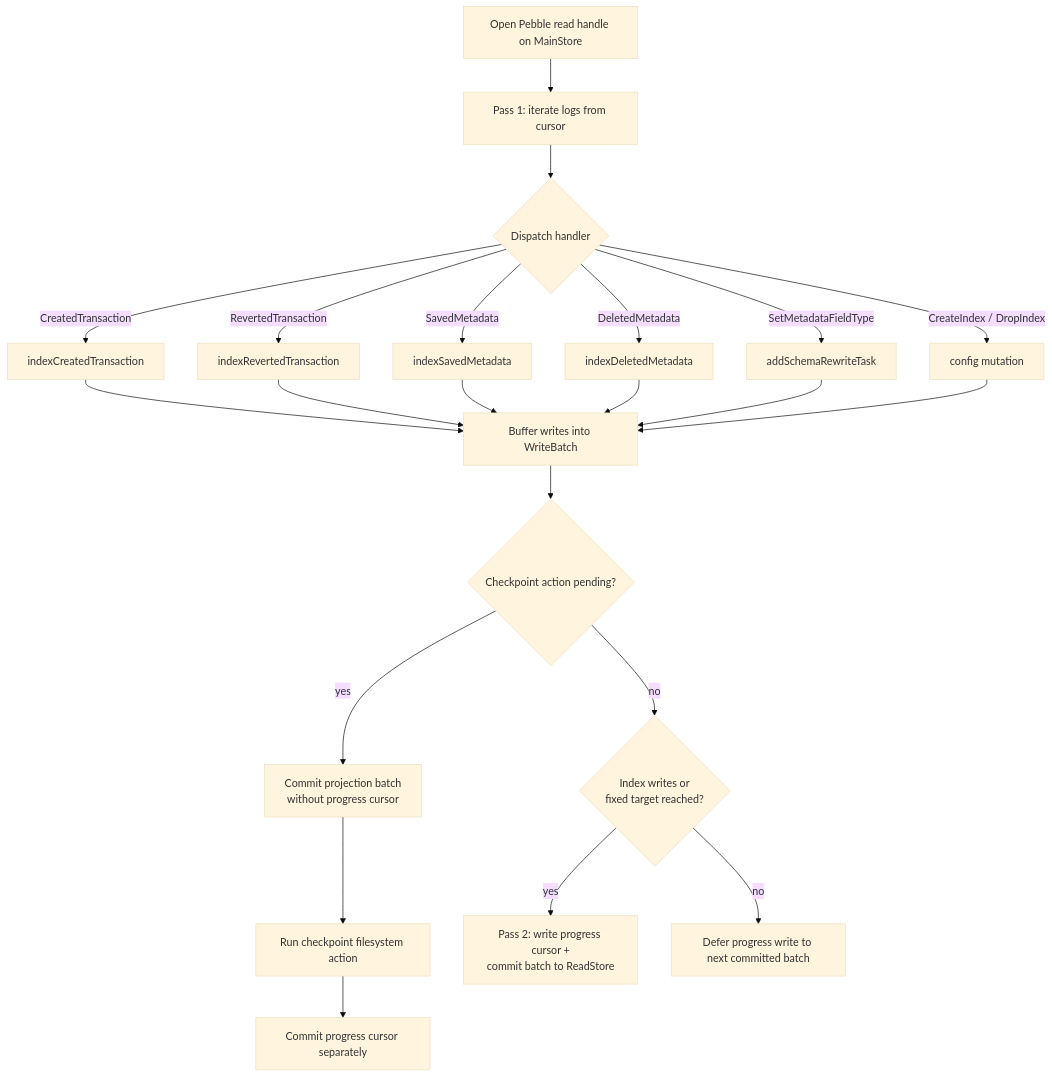
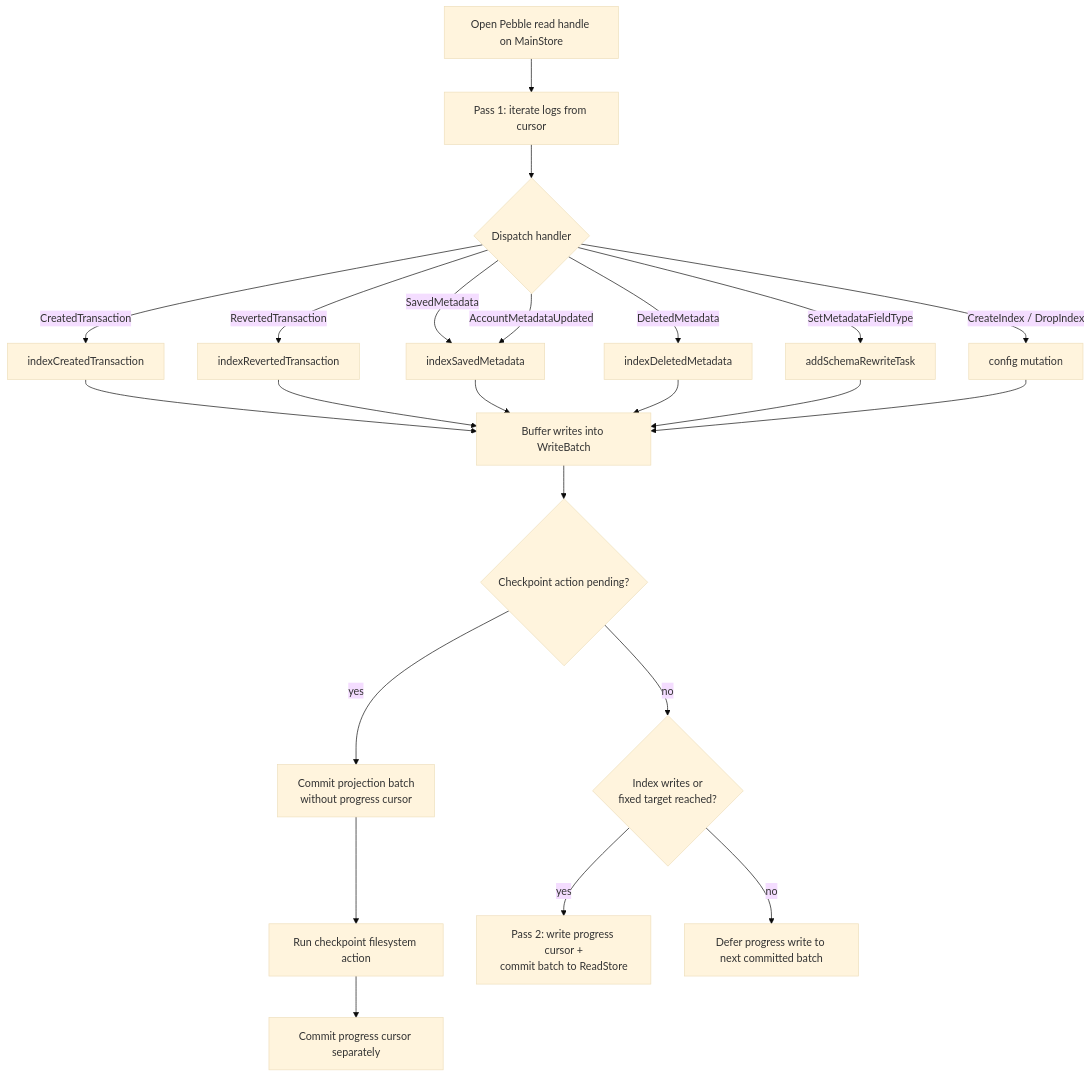
The second of 2 diagrams in docs/technical/architecture/subsystems/indexer/indexer.md (formancehq/ledger), drawn with Mermaid (base theme) before and after one commit. The commit also changed other lines of this file and 2 other files, not shown here.

Commit message:
docs(indexer): cover account metadata history logs

````diff
--- a/docs/technical/architecture/subsystems/indexer/indexer.md
+++ b/docs/technical/architecture/subsystems/indexer/indexer.md
@@ -62,20 +62,21 @@
 ```mermaid
 flowchart TB
     A[Open Pebble read handle on MainStore] --> B[Pass 1: iterate logs from cursor]
     B --> C{Dispatch handler}
     C -->|CreatedTransaction| H1[indexCreatedTransaction]
     C -->|RevertedTransaction| H2[indexRevertedTransaction]
     C -->|SavedMetadata| H3[indexSavedMetadata]
+    C -->|AccountMetadataUpdated| H3
     C -->|DeletedMetadata| H4[indexDeletedMetadata]
     C -->|SetMetadataFieldType| H5[addSchemaRewriteTask]
     C -->|CreateIndex / DropIndex| H6[config mutation]
     H1 & H2 & H3 & H4 --> WB[Buffer writes into WriteBatch]
     H5 & H6 --> WB
     WB --> D{Checkpoint action pending?}
     D -->|yes| G[Commit projection batch<br/>without progress cursor]
     G --> H[Run checkpoint filesystem action]
     H --> I[Commit progress cursor separately]
     D -->|no| J{Index writes or<br/>fixed target reached?}
     J -->|yes| E[Pass 2: write progress cursor +<br/>commit batch to ReadStore]
     J -->|no| F[Defer progress write to next committed batch]
 ```
````
